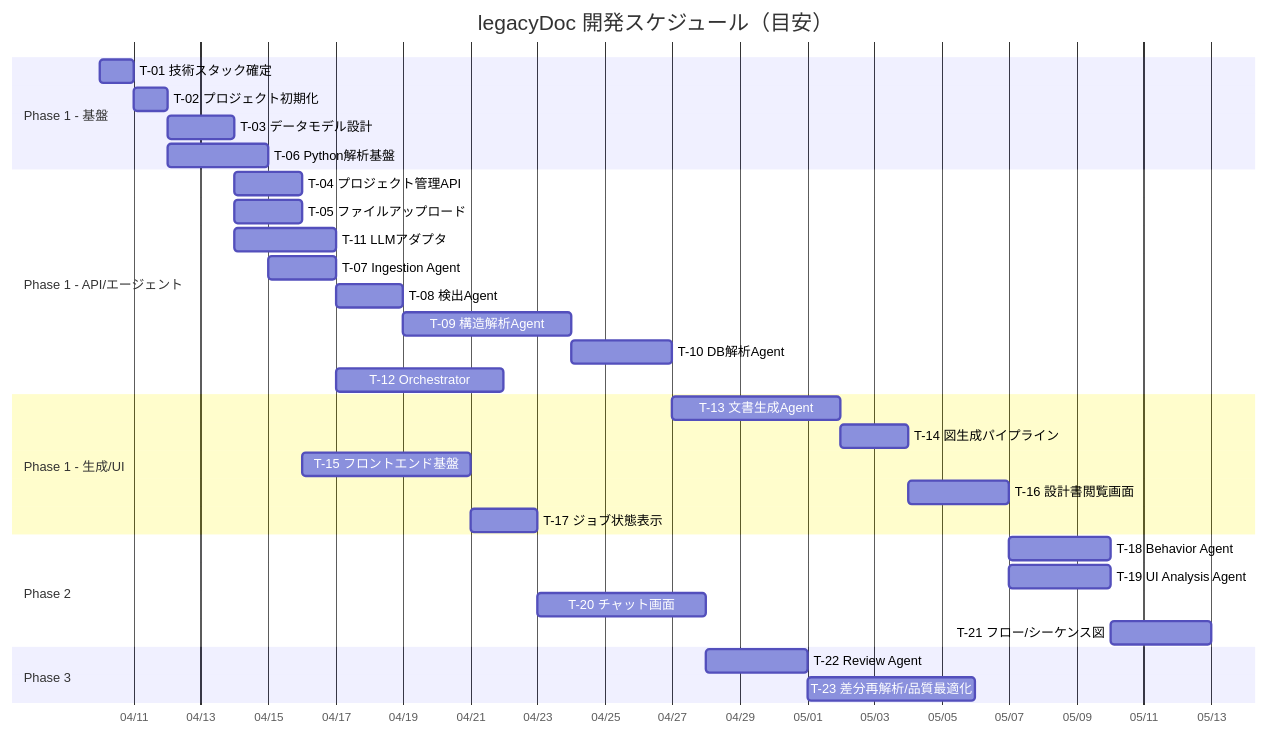
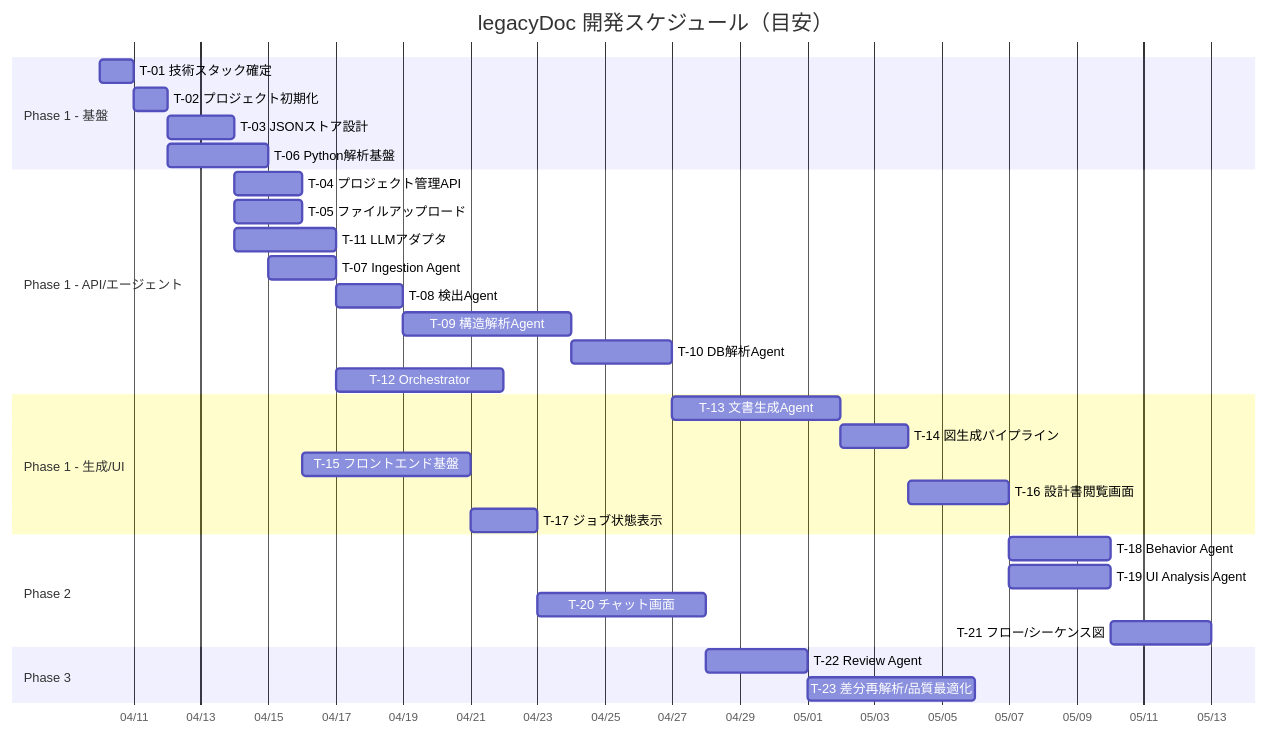
Before and after one commit to uno335aaa/legacy: the second of 2 diagrams in doc/task_plan.md, drawn with Mermaid. The commit also changed other lines of this file and 1 other file, not shown here.

````diff
--- a/doc/task_plan.md
+++ b/doc/task_plan.md
@@ -1132,39 +1142,39 @@
 ```mermaid
 gantt
     title legacyDoc 開発スケジュール（目安）
     dateFormat  YYYY-MM-DD
     axisFormat  %m/%d
 
     section Phase 1 - 基盤
     T-01 技術スタック確定           :t01, 2026-04-10, 1d
     T-02 プロジェクト初期化         :t02, after t01, 1d
-    T-03 データモデル設計          :t03, after t02, 2d
+    T-03 JSONストア設計            :t03, after t02, 2d
     T-06 Python解析基盤            :t06, after t02, 3d
 
     section Phase 1 - API/エージェント
     T-04 プロジェクト管理API        :t04, after t03, 2d
     T-05 ファイルアップロード       :t05, after t03, 2d
     T-11 LLMアダプタ               :t11, after t03, 3d
     T-07 Ingestion Agent           :t07, after t06, 2d
     T-08 検出Agent                 :t08, after t07, 2d
     T-09 構造解析Agent             :t09, after t08, 5d
     T-10 DB解析Agent               :t10, after t09, 3d
     T-12 Orchestrator              :t12, after t11, 5d
 
     section Phase 1 - 生成/UI
     T-13 文書生成Agent             :t13, after t10, 5d
     T-14 図生成パイプライン        :t14, after t13, 2d
     T-15 フロントエンド基盤        :t15, after t04, 5d
     T-16 設計書閲覧画面            :t16, after t14, 3d
     T-17 ジョブ状態表示            :t17, after t15, 2d
 
     section Phase 2
     T-18 Behavior Agent            :t18, after t16, 3d
     T-19 UI Analysis Agent         :t19, after t16, 3d
     T-20 チャット画面              :t20, after t17, 5d
     T-21 フロー/シーケンス図       :t21, after t18, 3d
 
     section Phase 3
     T-22 Review Agent              :t22, after t20, 3d
     T-23 差分再解析/品質最適化     :t23, after t22, 5d
 ```
````
